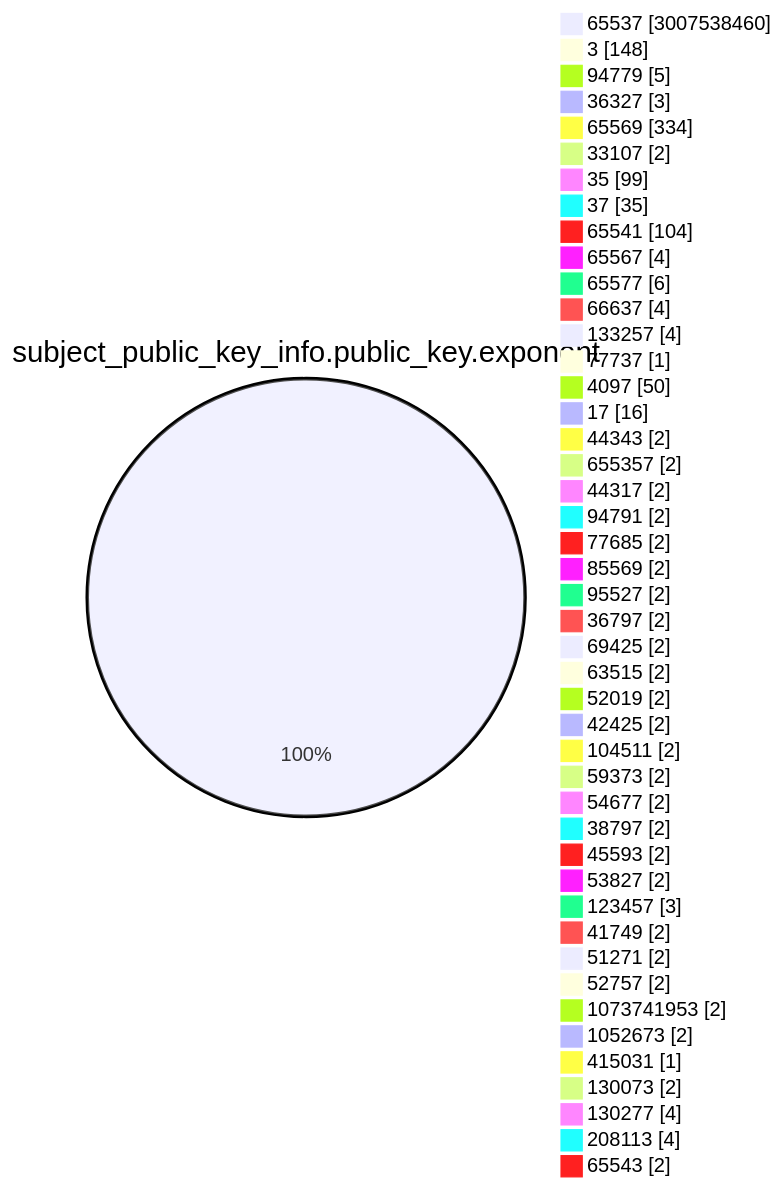
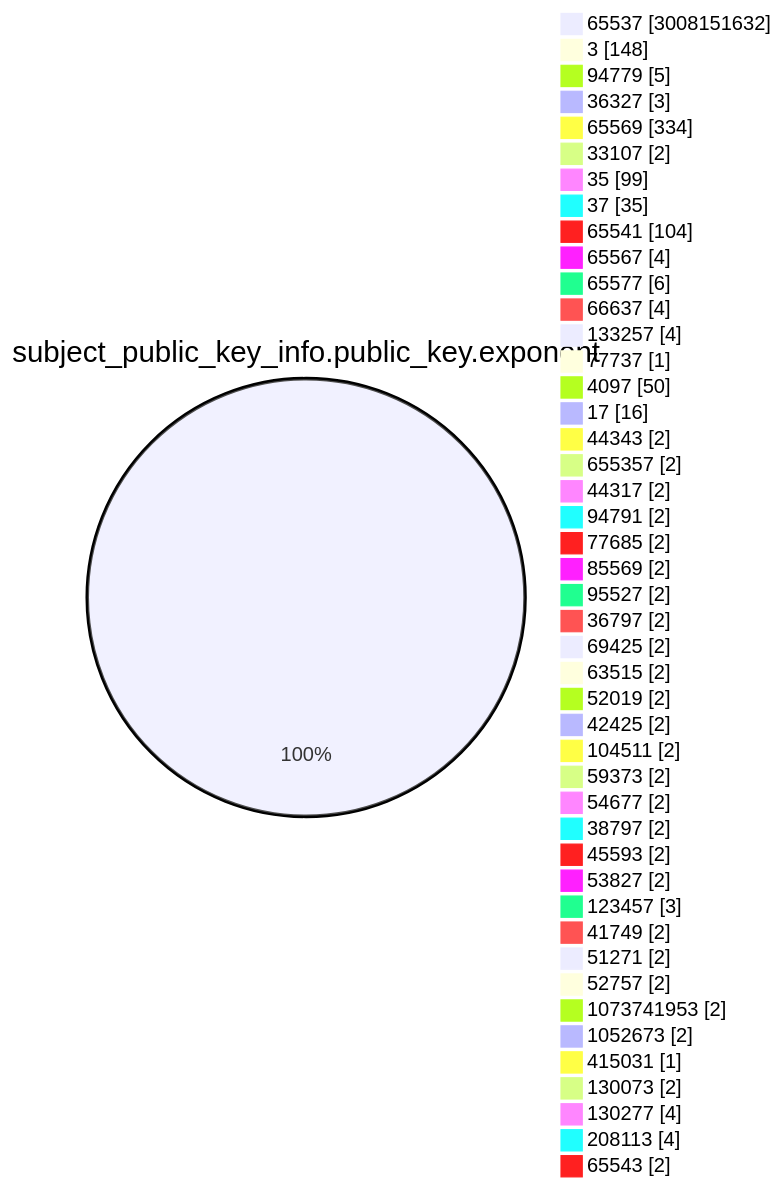
The fourth of 15 diagrams in TOTAL/README.md (christiankrug/ctmonitor_visualization), drawn with Mermaid before and after one commit. The commit also changed other lines of this file, not shown here.

````diff
--- a/TOTAL/README.md
+++ b/TOTAL/README.md
@@ -1472,49 +1472,49 @@
 ```mermaid
 pie showData
 title subject_public_key_info.public_key.exponent
-"65537" :3007538460
+"65537" :3008151632
 "3" :148
 "94779" :5
 "36327" :3
 "65569" :334
 "33107" :2
 "35" :99
 "37" :35
 "65541" :104
 "65567" :4
 "65577" :6
 "66637" :4
 "133257" :4
 "77737" :1
 "4097" :50
 "17" :16
 "44343" :2
 "655357" :2
 "44317" :2
 "94791" :2
 "77685" :2
 "85569" :2
 "95527" :2
 "36797" :2
 "69425" :2
 "63515" :2
 "52019" :2
 "42425" :2
 "104511" :2
 "59373" :2
 "54677" :2
 "38797" :2
 "45593" :2
 "53827" :2
 "123457" :3
 "41749" :2
 "51271" :2
 "52757" :2
 "1073741953" :2
 "1052673" :2
 "415031" :1
 "130073" :2
 "130277" :4
 "208113" :4
 "65543" :2
 ```
````
